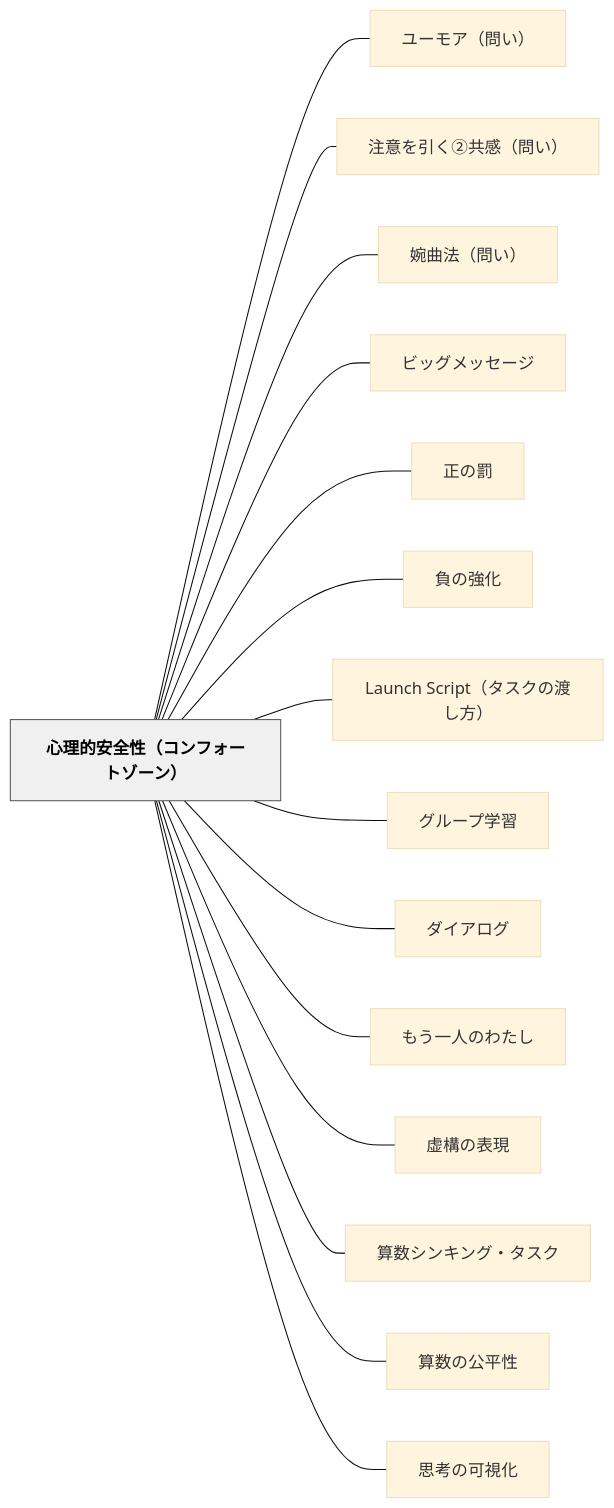
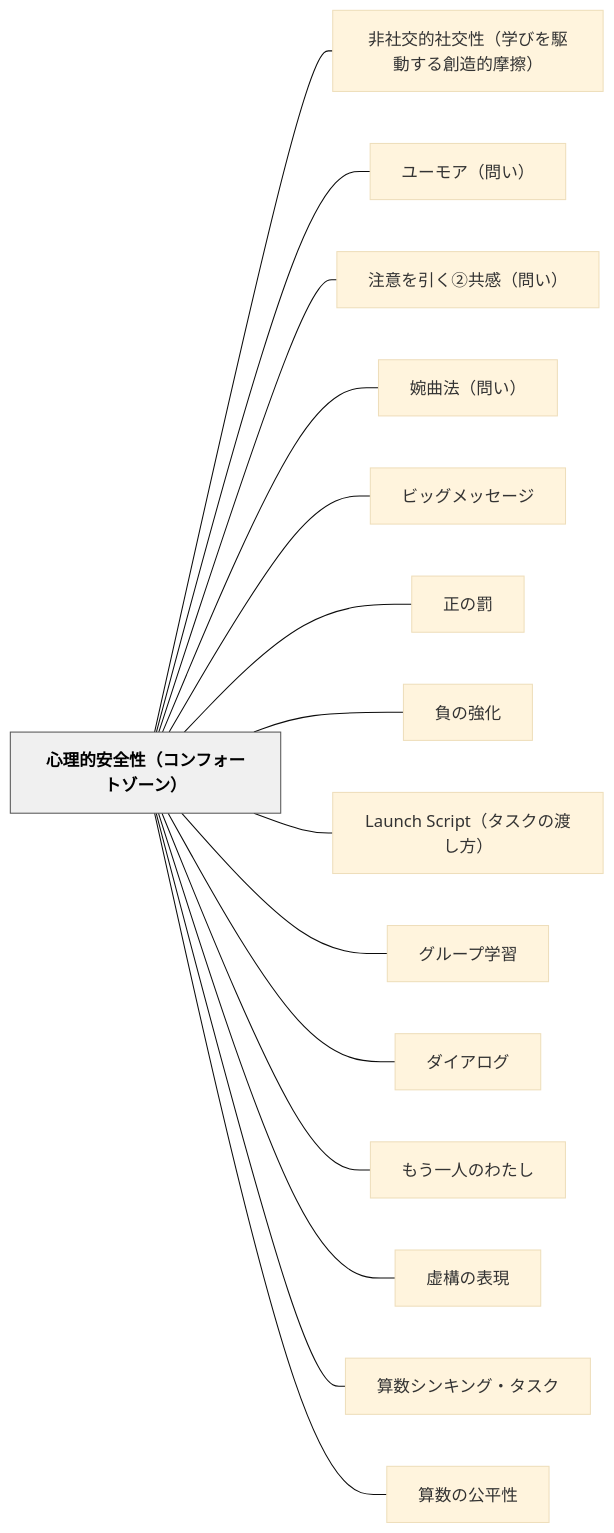
One commit to unknownthings-ed-patterns/unknownthings-ed-patterns changed the diagram in content/パタン/心理的安全性（コンフォートゾーン）.md. Above: the diagram before and after it, drawn with Mermaid (base theme). The commit also changed other lines of this file and 14 other files, not shown here.

````diff
--- a/content/パタン/心理的安全性（コンフォートゾーン）.md
+++ b/content/パタン/心理的安全性（コンフォートゾーン）.md
@@ -69,36 +69,36 @@
 ```mermaid
 flowchart LR
     ne5bf83e79086e79a84e5ae89e585a8e680a7efbc88e382b3e383b3e38395e382a9e383bce38388e382bee383bce383b3efbc89["心理的安全性（コンフォートゾーン）"]
+    ne99d9ee7a4bee4baa4e79a84e7a4bee4baa4e680a7efbc88e5ada6e381b3e38292e9a786e58b95e38199e3828be589b5e980a0e79a84e691a9e693a6efbc89["非社交的社交性（学びを駆動する創造的摩擦）"]
     ne383a6e383bce383a2e382a2efbc88e5958fe38184efbc89["ユーモア（問い）"]
     ne6b3a8e6848fe38292e5bc95e3818fe291a1e585b1e6849fefbc88e5958fe38184efbc89["注意を引く②共感（問い）"]
     ne5a989e69bb2e6b395efbc88e5958fe38184efbc89["婉曲法（問い）"]
     ne38393e38383e382b0e383a1e38383e382bbe383bce382b8["ビッグメッセージ"]
     ne6ada3e381aee7bdb0["正の罰"]
     ne8b2a0e381aee5bcb7e58c96["負の強化"]
     n4c61756e636820536372697074efbc88e382bfe382b9e382afe381aee6b8a1e38197e696b9efbc89["Launch Script（タスクの渡し方）"]
     ne382b0e383abe383bce38397e5ada6e7bf92["グループ学習"]
     ne38380e382a4e382a2e383ade382b0["ダイアログ"]
     ne38282e38186e4b880e4babae381aee3828fe3819fe38197["もう一人のわたし"]
     ne8999ae6a78be381aee8a1a8e78fbe["虚構の表現"]
     ne7ae97e695b0e382b7e383b3e382ade383b3e382b0e383bbe382bfe382b9e382af["算数シンキング・タスク"]
     ne7ae97e695b0e381aee585ace5b9b3e680a7["算数の公平性"]
-    ne6809de88083e381aee58fafe8a696e58c96["思考の可視化"]
 
+    ne5bf83e79086e79a84e5ae89e585a8e680a7efbc88e382b3e383b3e38395e382a9e383bce38388e382bee383bce383b3efbc89 --- ne99d9ee7a4bee4baa4e79a84e7a4bee4baa4e680a7efbc88e5ada6e381b3e38292e9a786e58b95e38199e3828be589b5e980a0e79a84e691a9e693a6efbc89
     ne5bf83e79086e79a84e5ae89e585a8e680a7efbc88e382b3e383b3e38395e382a9e383bce38388e382bee383bce383b3efbc89 --- ne383a6e383bce383a2e382a2efbc88e5958fe38184efbc89
     ne5bf83e79086e79a84e5ae89e585a8e680a7efbc88e382b3e383b3e38395e382a9e383bce38388e382bee383bce383b3efbc89 --- ne6b3a8e6848fe38292e5bc95e3818fe291a1e585b1e6849fefbc88e5958fe38184efbc89
     ne5bf83e79086e79a84e5ae89e585a8e680a7efbc88e382b3e383b3e38395e382a9e383bce38388e382bee383bce383b3efbc89 --- ne5a989e69bb2e6b395efbc88e5958fe38184efbc89
     ne5bf83e79086e79a84e5ae89e585a8e680a7efbc88e382b3e383b3e38395e382a9e383bce38388e382bee383bce383b3efbc89 --- ne38393e38383e382b0e383a1e38383e382bbe383bce382b8
     ne5bf83e79086e79a84e5ae89e585a8e680a7efbc88e382b3e383b3e38395e382a9e383bce38388e382bee383bce383b3efbc89 --- ne6ada3e381aee7bdb0
     ne5bf83e79086e79a84e5ae89e585a8e680a7efbc88e382b3e383b3e38395e382a9e383bce38388e382bee383bce383b3efbc89 --- ne8b2a0e381aee5bcb7e58c96
     ne5bf83e79086e79a84e5ae89e585a8e680a7efbc88e382b3e383b3e38395e382a9e383bce38388e382bee383bce383b3efbc89 --- n4c61756e636820536372697074efbc88e382bfe382b9e382afe381aee6b8a1e38197e696b9efbc89
     ne5bf83e79086e79a84e5ae89e585a8e680a7efbc88e382b3e383b3e38395e382a9e383bce38388e382bee383bce383b3efbc89 --- ne382b0e383abe383bce38397e5ada6e7bf92
     ne5bf83e79086e79a84e5ae89e585a8e680a7efbc88e382b3e383b3e38395e382a9e383bce38388e382bee383bce383b3efbc89 --- ne38380e382a4e382a2e383ade382b0
     ne5bf83e79086e79a84e5ae89e585a8e680a7efbc88e382b3e383b3e38395e382a9e383bce38388e382bee383bce383b3efbc89 --- ne38282e38186e4b880e4babae381aee3828fe3819fe38197
     ne5bf83e79086e79a84e5ae89e585a8e680a7efbc88e382b3e383b3e38395e382a9e383bce38388e382bee383bce383b3efbc89 --- ne8999ae6a78be381aee8a1a8e78fbe
     ne5bf83e79086e79a84e5ae89e585a8e680a7efbc88e382b3e383b3e38395e382a9e383bce38388e382bee383bce383b3efbc89 --- ne7ae97e695b0e382b7e383b3e382ade383b3e382b0e383bbe382bfe382b9e382af
     ne5bf83e79086e79a84e5ae89e585a8e680a7efbc88e382b3e383b3e38395e382a9e383bce38388e382bee383bce383b3efbc89 --- ne7ae97e695b0e381aee585ace5b9b3e680a7
-    ne5bf83e79086e79a84e5ae89e585a8e680a7efbc88e382b3e383b3e38395e382a9e383bce38388e382bee383bce383b3efbc89 --- ne6809de88083e381aee58fafe8a696e58c96
 
     classDef hub fill:#f0f0f0,stroke:#555,color:#000,font-weight:bold
     class ne5bf83e79086e79a84e5ae89e585a8e680a7efbc88e382b3e383b3e38395e382a9e383bce38388e382bee383bce383b3efbc89 hub
 ```
````
